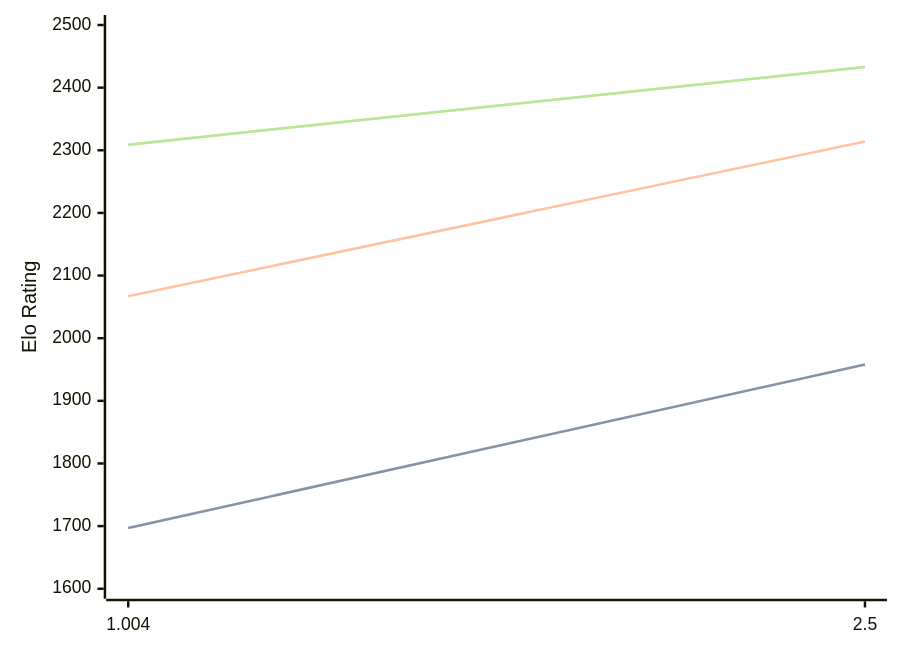
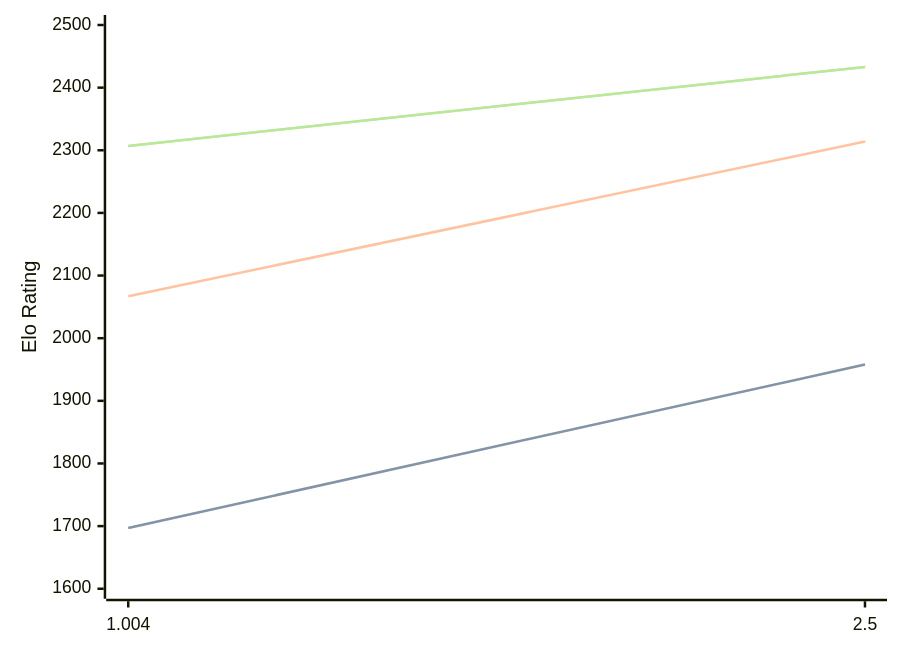
One commit to computer-chess-index/cci changed the third of 3 diagrams in engines/Ares.md. Above: the diagram before and after it, drawn with Mermaid. The commit also changed other lines of this file, not shown here.

Commit message:
Update CCI Ratings (ELO VLTC) - 2026-06-30

````diff
--- a/engines/Ares.md
+++ b/engines/Ares.md
@@ -65,11 +65,11 @@
 ```mermaid
 %%{init: {"theme":"base","themeVariables":{"seriesColors:['#a3a3a3','#222221','#faa371']}}}%%
 xychart-beta
   x-axis ["1.004", "2.5"]
   y-axis "Elo Rating" 1600 --> 2500
   line "STC (8.0+0.08s)" [1697, 1958]
   line "STC (8.0+0.08s)" [1697, 1958]
   line "LTC (60.0+0.60s)" [2067, 2314]
-  line "VLTC (2m24s+1.12s)" [2309, 2433]
-  line "VLTC (2m24s+1.12s)" [2309, 2433]
+  line "VLTC (2m24s+1.12s)" [2307, 2433]
+  line "VLTC (2m24s+1.12s)" [2307, 2433]
 ```
````
